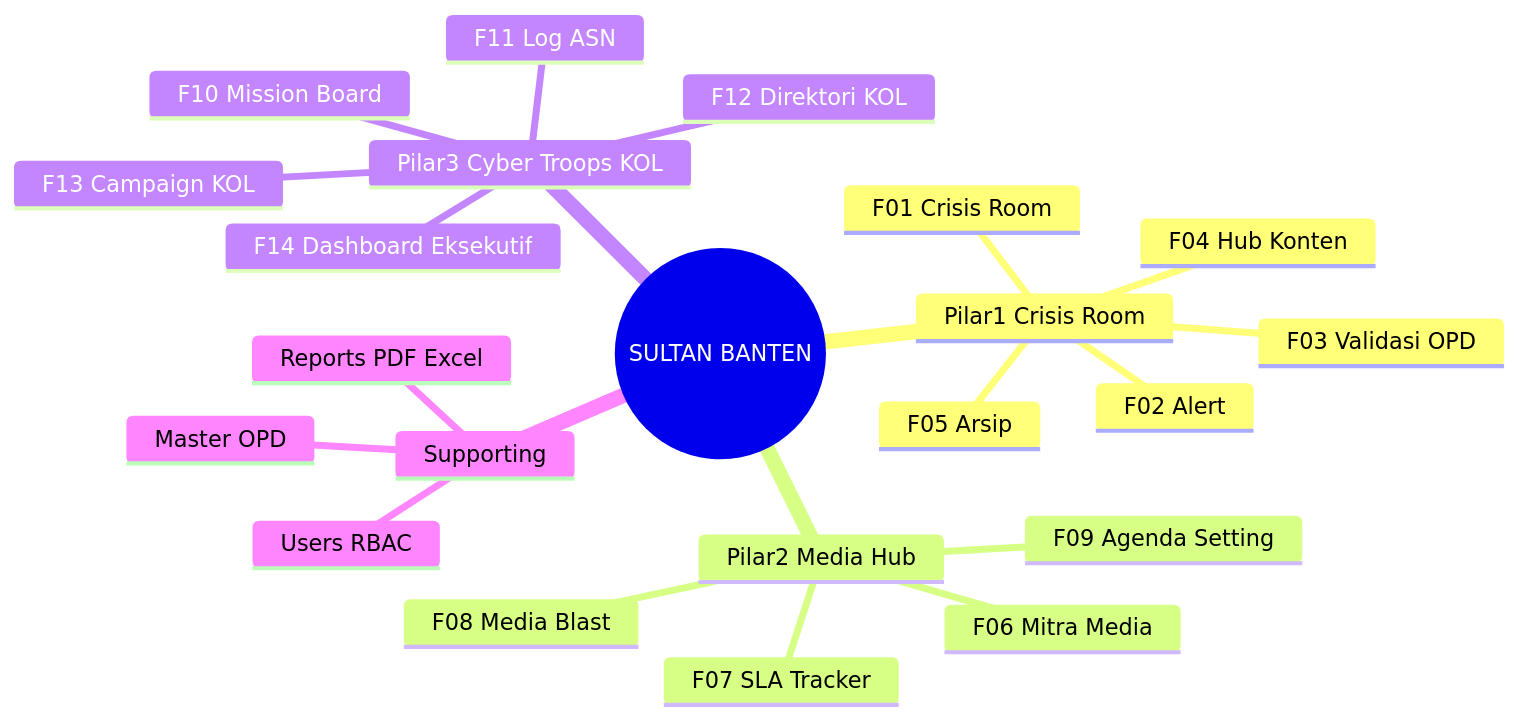
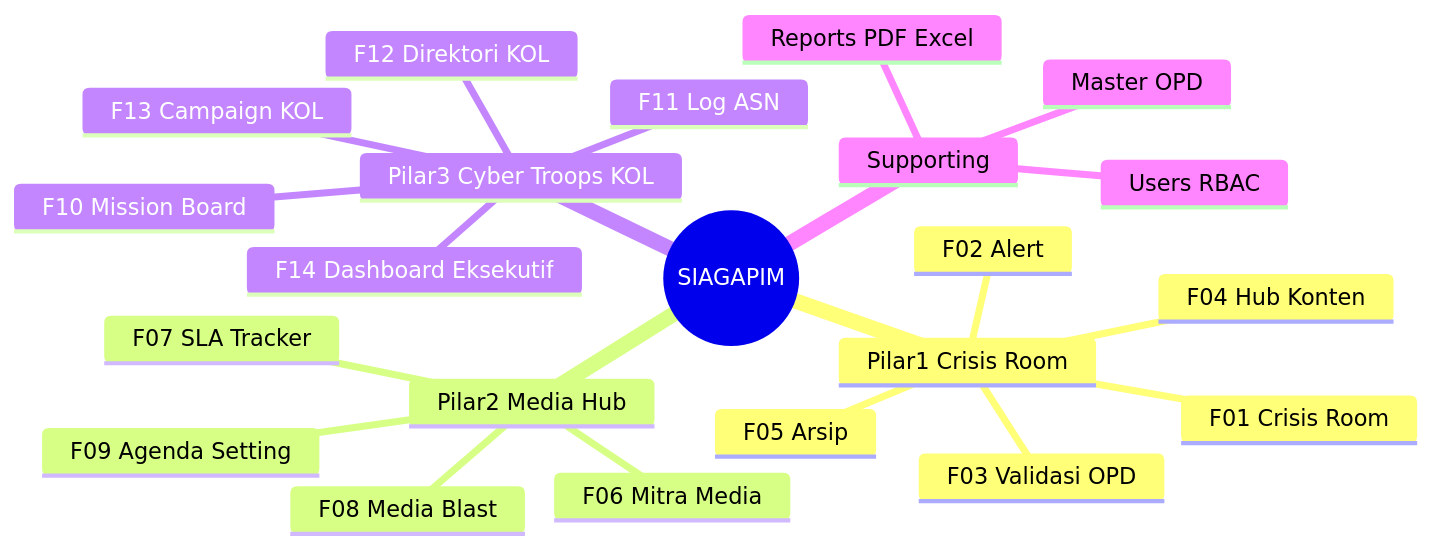
One commit to herihandoko/sultan-banten changed the tenth of 10 diagrams in BUSINESS_PROCESS.md. Above: the diagram before and after it, drawn with Mermaid. The commit also changed other lines of this file and 25 other files, not shown here.

````diff
--- a/BUSINESS_PROCESS.md
+++ b/BUSINESS_PROCESS.md
@@ -261,25 +263,25 @@
 ```mermaid
 mindmap
-  root((SULTAN BANTEN))
+  root((SIAGAPIM))
     Pilar1 Crisis Room
       F01 Crisis Room
       F02 Alert
       F03 Validasi OPD
       F04 Hub Konten
       F05 Arsip
     Pilar2 Media Hub
       F06 Mitra Media
       F07 SLA Tracker
       F08 Media Blast
       F09 Agenda Setting
     Pilar3 Cyber Troops KOL
       F10 Mission Board
       F11 Log ASN
       F12 Direktori KOL
       F13 Campaign KOL
       F14 Dashboard Eksekutif
     Supporting
       Users RBAC
       Master OPD
       Reports PDF Excel
 ```
````
